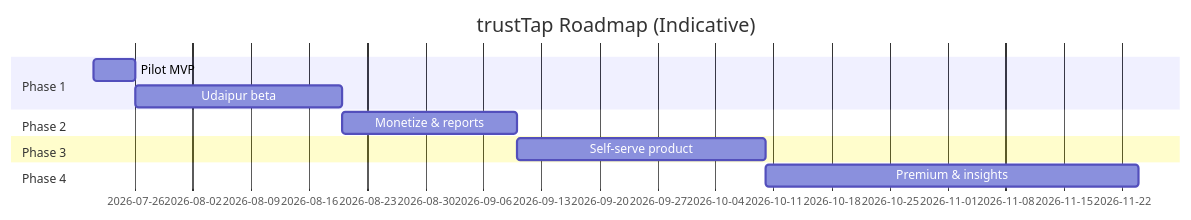
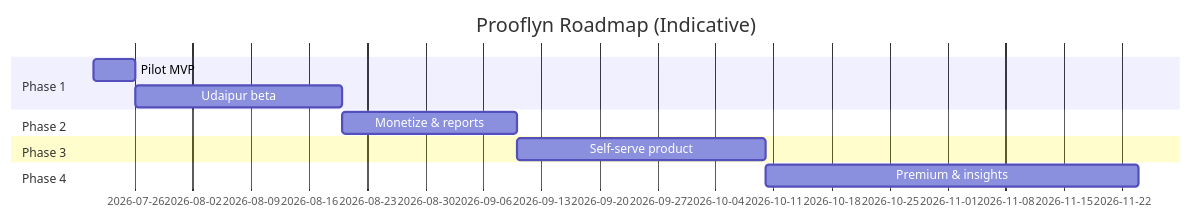
Before and after one commit to niteshrav/GoogleReviewQR: the diagram in docs/PHASED_ROADMAP.md, drawn with Mermaid. The commit also changed other lines of this file and 54 other files, not shown here.

First line of the commit message:
Rename the product from trustTap to Prooflyn.

````diff
--- a/docs/PHASED_ROADMAP.md
+++ b/docs/PHASED_ROADMAP.md
@@ -47,14 +47,14 @@
 ```mermaid
 gantt
-    title trustTap Roadmap (Indicative)
+    title Prooflyn Roadmap (Indicative)
     dateFormat YYYY-MM-DD
     section Phase 1
     Pilot MVP           :p1, 2026-07-21, 5d
     Udaipur beta        :p1b, after p1, 25d
     section Phase 2
     Monetize & reports  :p2, after p1b, 21d
     section Phase 3
     Self-serve product  :p3, after p2, 30d
     section Phase 4
     Premium & insights  :p4, after p3, 45d
 ```
````
